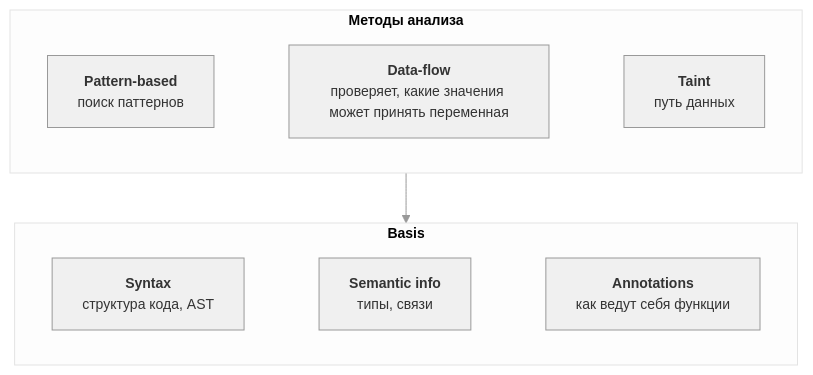
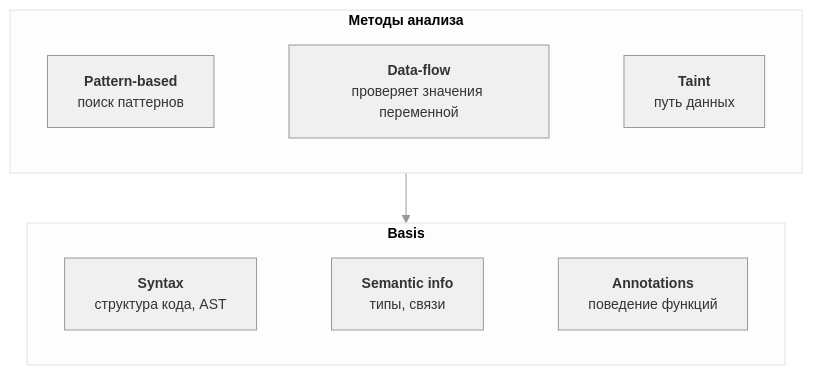
One commit to Otto-7/mcp changed the diagram in docs/research/sast-basics.md. Above: the diagram before and after it, drawn with Mermaid. The commit also changed other lines of this file, not shown here.

Commit message:
Enhance SAST basics explanation and methods
Added a mention of databases in the SAST definition and clarified the description of the Data-flow method and Annotations.

````diff
--- a/docs/research/sast-basics.md
+++ b/docs/research/sast-basics.md
@@ -2,27 +2,27 @@
 ```mermaid
 %%{init: {'theme':'base', 'themeVariables': {
   'primaryColor': '#f0f0f0',
   'primaryTextColor': '#333333',
   'primaryBorderColor': '#999999',
   'lineColor': '#999999',
   'fontSize': '14px'
 }}}%%
 flowchart TD
     subgraph Methods["<b>Методы анализа</b>"]
         direction LR
         P["<b>Pattern-based</b><br/>поиск паттернов"]
-        D["<b>Data-flow</b><br/>проверяет, какие значения может принять переменная"]
+        D["<b>Data-flow</b><br/>проверяет значения переменной"]
         T["<b>Taint</b><br/>путь данных"]
         P ~~~ D ~~~ T
     end
 
     subgraph Basis["<b>Basis</b>"]
         direction LR
         S["<b>Syntax</b><br/>структура кода, AST"]
         SI["<b>Semantic info</b><br/>типы, связи"]
-        AN["<b>Annotations</b><br/>как ведут себя функции"]
+        AN["<b>Annotations</b><br/>поведение функций"]
         S ~~~ SI ~~~ AN
     end
 
     Methods --> Basis
 ```
````
